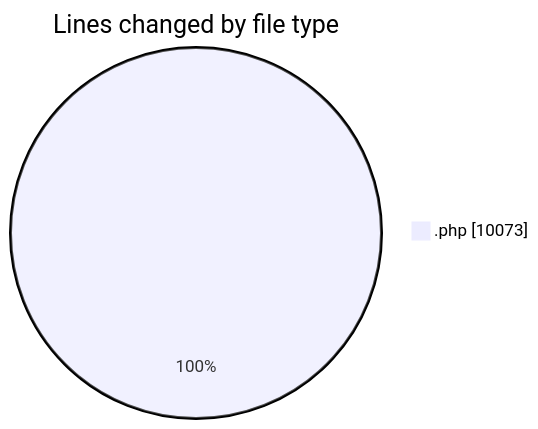
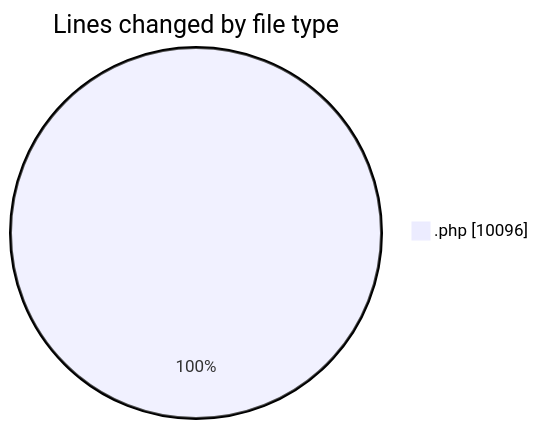
The first of 2 diagrams in 2025-10-04/shop/README.md (vahidmafi/code-tracking), drawn with Mermaid before and after one commit. The commit also changed other lines of this file and 1 other file, not shown here.

````diff
--- a/2025-10-04/shop/README.md
+++ b/2025-10-04/shop/README.md
@@ -37,5 +37,5 @@
 ```mermaid
 pie showData
 title Lines changed by file type
-".php" : 10073
+".php" : 10096
 ```
````
